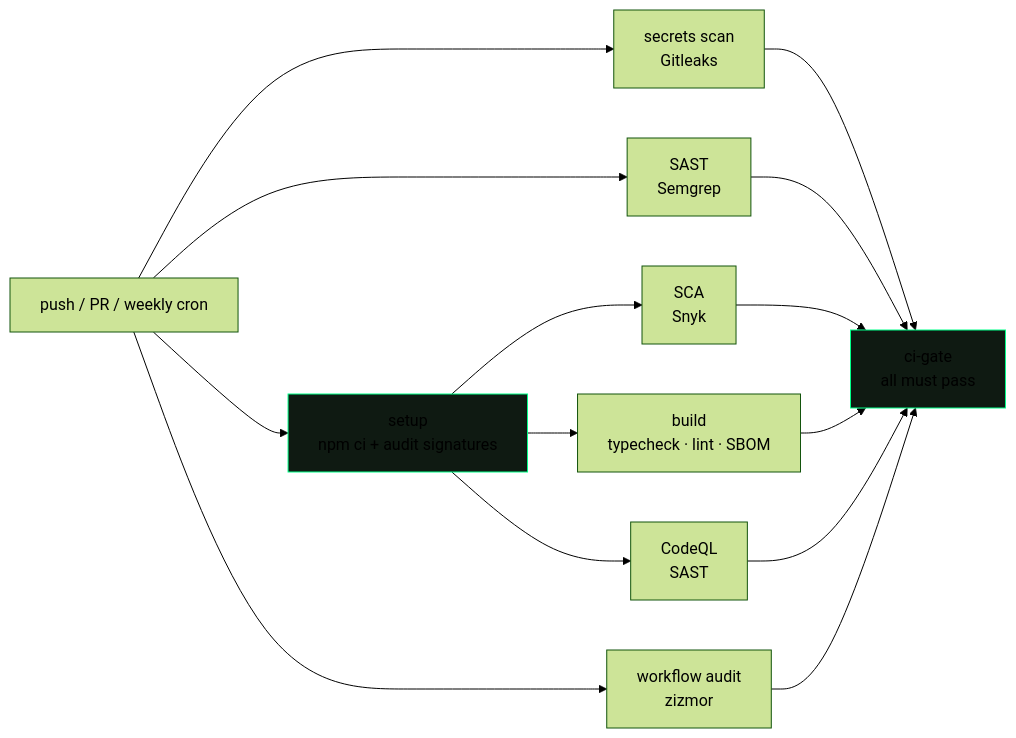
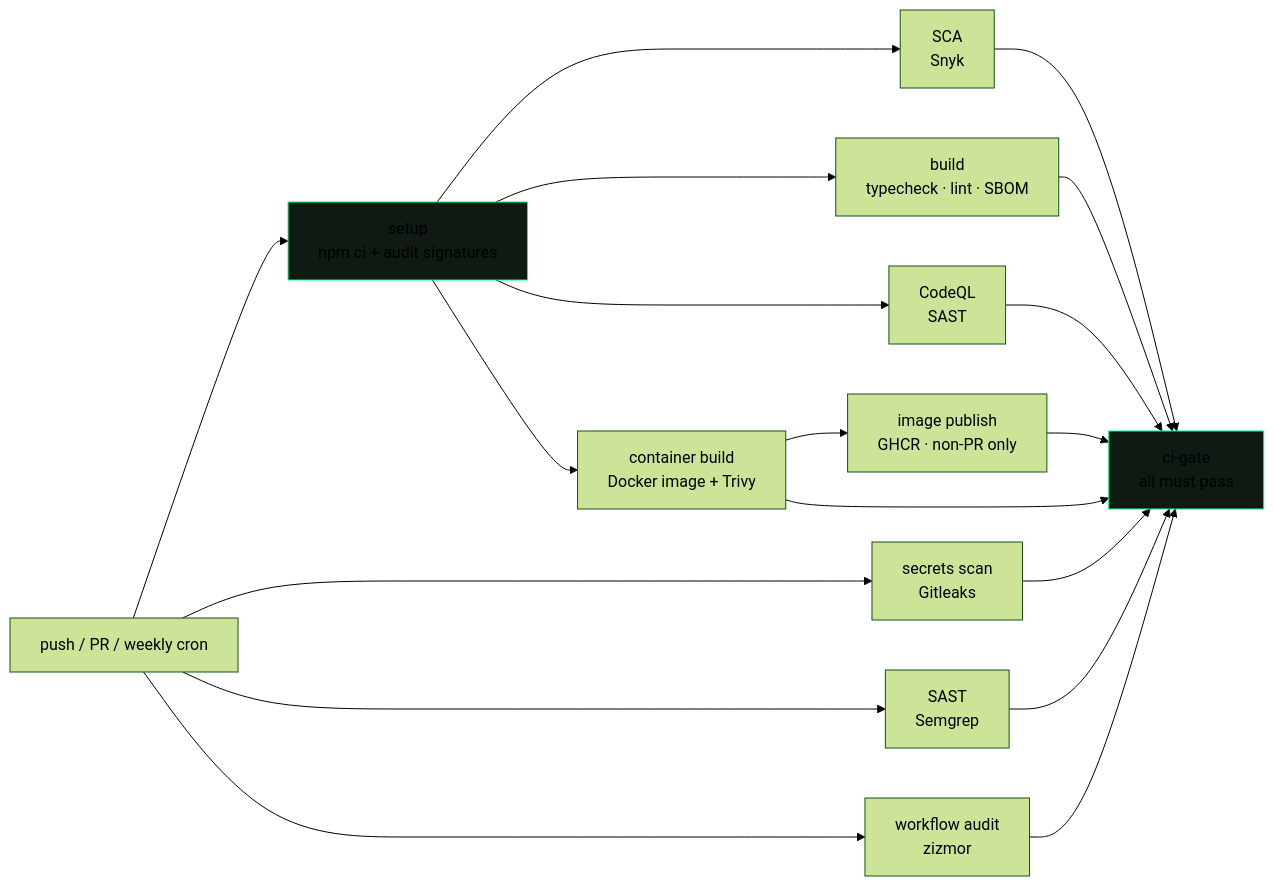
One commit to 0xAmineBnz/Blog0xab changed the diagram in README.md. Above: the diagram before and after it, drawn with Mermaid (forest theme). The commit also changed other lines of this file and 2 other files, not shown here.

Commit message:
Harden Docker image CI pipeline

````diff
--- a/README.md
+++ b/README.md
@@ -13,14 +13,16 @@
 ```mermaid
 flowchart LR
     A[push / PR / weekly cron] --> B[setup<br/>npm ci + audit signatures]
     A --> C[secrets scan<br/>Gitleaks]
     A --> D[SAST<br/>Semgrep]
     B --> E[SCA<br/>Snyk]
     B --> F[build<br/>typecheck · lint · SBOM]
     B --> G[CodeQL<br/>SAST]
-    A --> H[workflow audit<br/>zizmor]
-    C & D & E & F & G & H --> I[ci-gate<br/>all must pass]
+    B --> H[container build<br/>Docker image + Trivy]
+    A --> I[workflow audit<br/>zizmor]
+    H --> J[image publish<br/>GHCR · non-PR only]
+    C & D & E & F & G & H & I & J --> K[ci-gate<br/>all must pass]
 
     style B fill:#0f1a12,stroke:#00FF88
-    style I fill:#0f1a12,stroke:#00FF88
+    style K fill:#0f1a12,stroke:#00FF88
 ```
````
